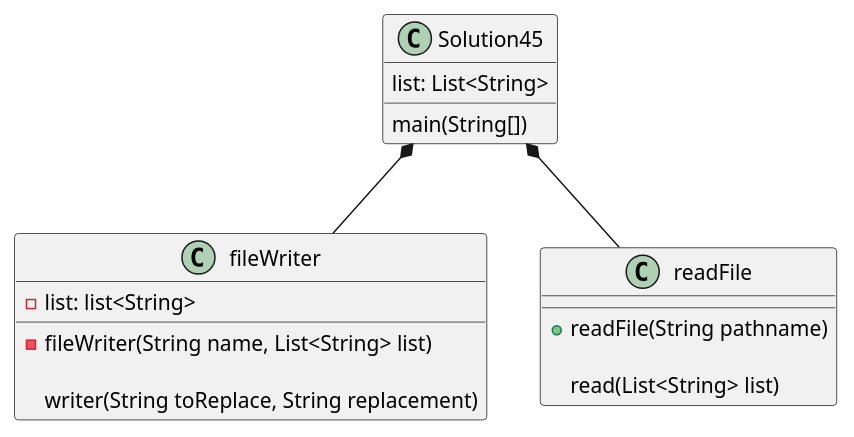
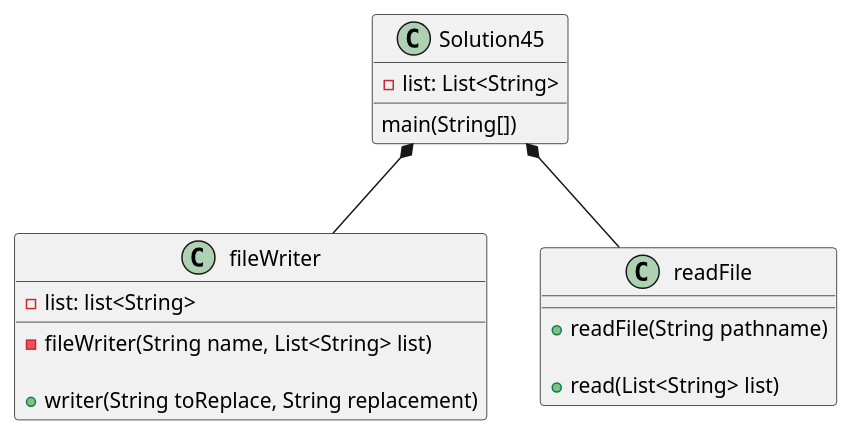
Before and after one commit to cachemoney-3000/samontanez-a04: the diagram in exercise45/docs/Solution45_ClassDiagram.puml, drawn with PlantUML. The commit also changed 2 other files, not shown here.

```diff
--- a/exercise45/docs/Solution45_ClassDiagram.puml
+++ b/exercise45/docs/Solution45_ClassDiagram.puml
@@ -1,51 +1,51 @@
 @startuml
 class Solution45 {
     'attribute
-    list: List<String>
+    -list: List<String>
 
     main(String[])
         'prompt for the output file
         'call the readFile object
         'store the scanned lines into the list
 
         'call the fileWriter object
         'prints out the output into a file
         'display the output that was written into the file
 }
 
 class fileWriter {
     'call the fileWriter object
     'attributes:
     -list: list<String>
     'constructor
     -fileWriter(String name, List<String> list)
 
-    writer(String toReplace, String replacement)
+    +writer(String toReplace, String replacement)
         'StringBuilder object
         '(for-loop) iterates through the list
             'replace the words
             'store the output into a string builder
             'prints out the output into a file
 
         'close the fileWriter method
         'return the string builder
 }
 
 class readFile{
     'scanner object
     'constructor
     +readFile(String pathname)
 
-    read(List<String> list)
+    +read(List<String> list)
     'try scanning the lines
         'store the scanned lines into the list
     'catch all the exception and prints it
     'close the scanner
 
     'return the array list
 }
 
 
 Solution45 *-- readFile
 Solution45 *-- fileWriter
 @enduml
```
